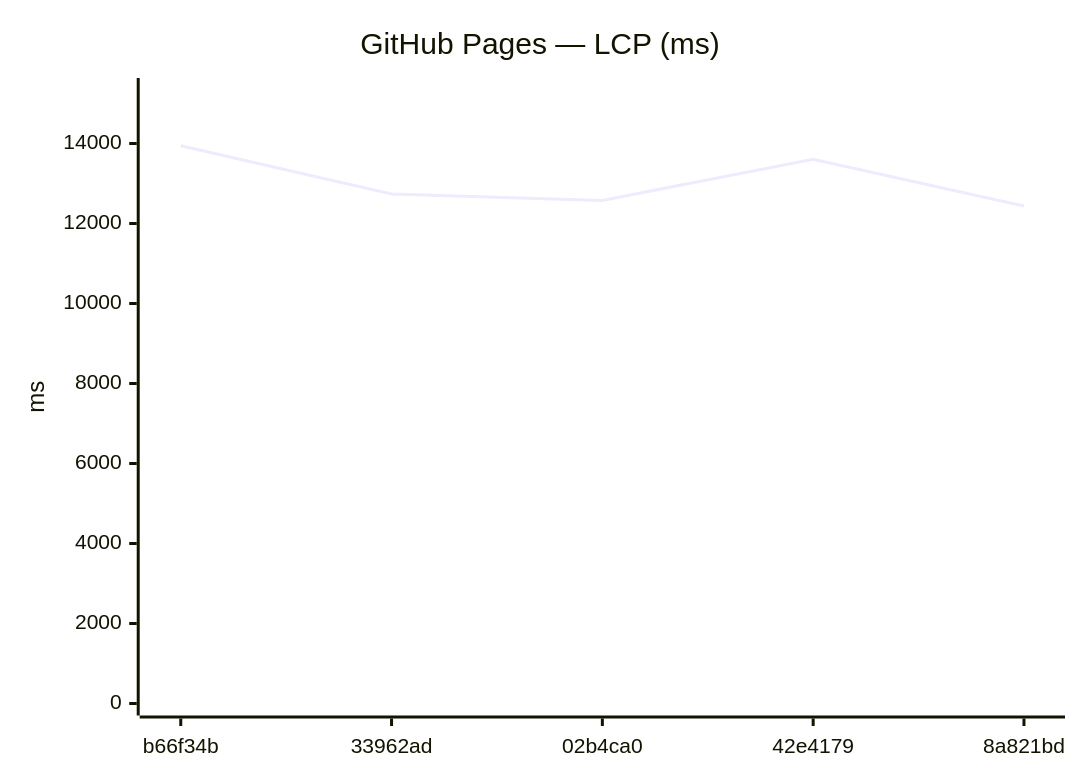
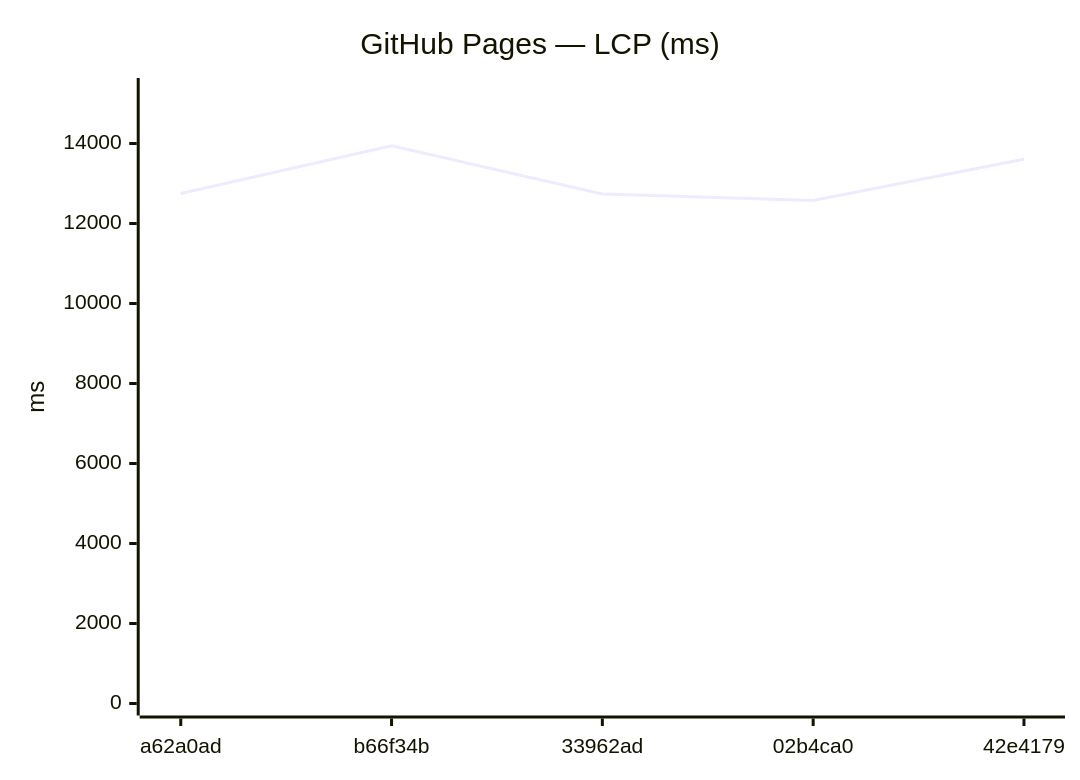
One commit to Metaheurist/Rianell changed the ninth of 18 diagrams in benchmarks/compare.md. Above: the diagram before and after it, drawn with Mermaid. The commit also changed other lines of this file and 11 other files, not shown here.

````diff
--- a/benchmarks/compare.md
+++ b/benchmarks/compare.md
@@ -142,7 +142,7 @@
 ```mermaid
 xychart-beta
     title "GitHub Pages — LCP (ms)"
-    x-axis ["b66f34b", "33962ad", "02b4ca0", "42e4179", "8a821bd"]
+    x-axis ["a62a0ad", "b66f34b", "33962ad", "02b4ca0", "42e4179"]
     y-axis "ms" 0 --> 15338
-    line [13943, 12738, 12578, 13605, 12438]
+    line [12749, 13943, 12738, 12578, 13605]
 ```
````
